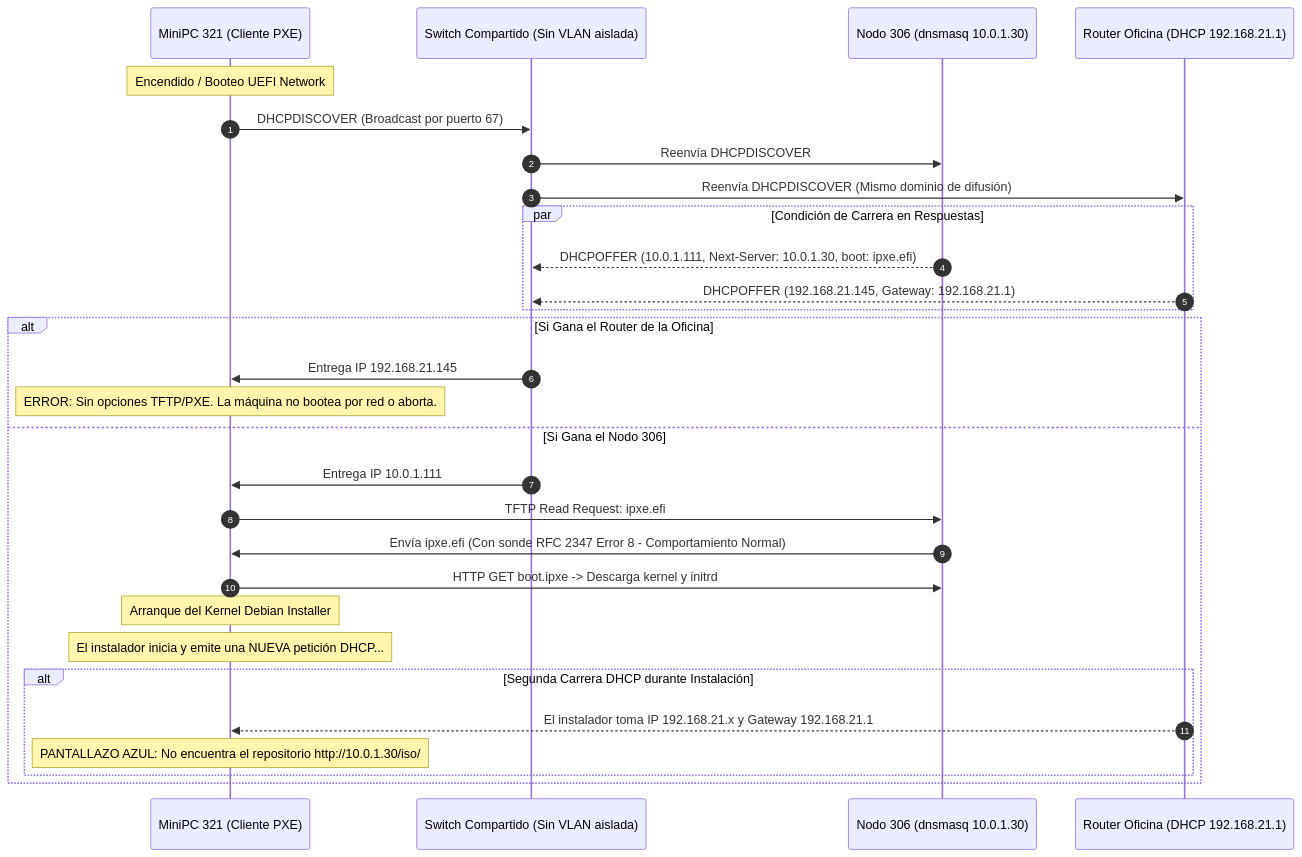
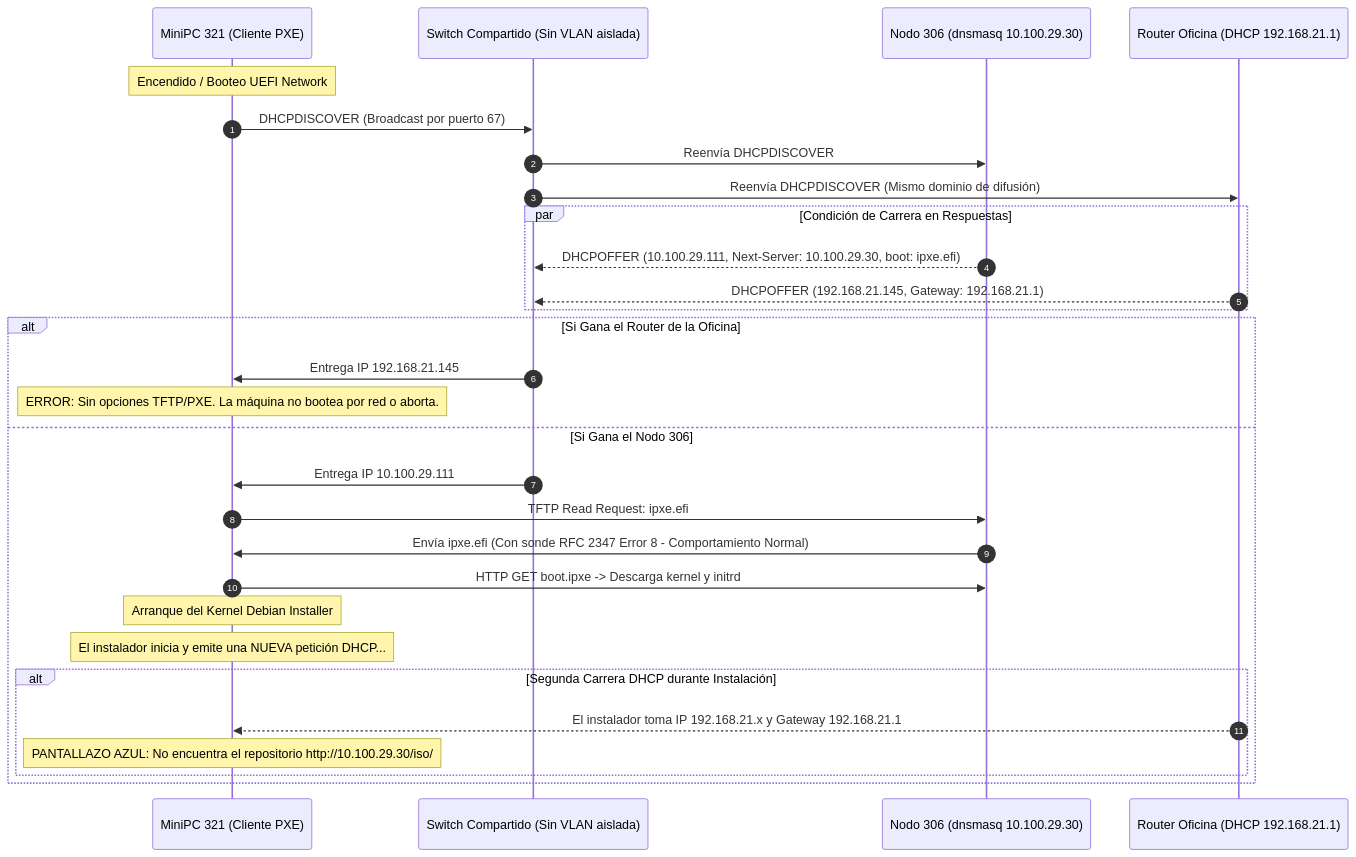
One commit to RodriTrooCo9/servidores-cluster changed the second of 4 diagrams in redes.md. Above: the diagram before and after it, drawn with Mermaid. The commit also changed other lines of this file and 17 other files, not shown here.

````diff
--- a/redes.md
+++ b/redes.md
@@ -81,34 +81,34 @@
 ```mermaid
 sequenceDiagram
     autonumber
     participant N321 as MiniPC 321 (Cliente PXE)
     participant SW as Switch Compartido (Sin VLAN aislada)
-    participant N306 as Nodo 306 (dnsmasq 10.0.1.30)
+    participant N306 as Nodo 306 (dnsmasq 10.100.29.30)
     participant OFI as Router Oficina (DHCP 192.168.21.1)
 
     Note over N321: Encendido / Booteo UEFI Network
     N321->>SW: DHCPDISCOVER (Broadcast por puerto 67)
     SW->>N306: Reenvía DHCPDISCOVER
     SW->>OFI: Reenvía DHCPDISCOVER (Mismo dominio de difusión)
 
     par Condición de Carrera en Respuestas
-        N306-->>SW: DHCPOFFER (10.0.1.111, Next-Server: 10.0.1.30, boot: ipxe.efi)
+        N306-->>SW: DHCPOFFER (10.100.29.111, Next-Server: 10.100.29.30, boot: ipxe.efi)
         OFI-->>SW: DHCPOFFER (192.168.21.145, Gateway: 192.168.21.1)
     end
 
     alt Si Gana el Router de la Oficina
         SW->>N321: Entrega IP 192.168.21.145
         Note over N321: ERROR: Sin opciones TFTP/PXE. La máquina no bootea por red o aborta.
     else Si Gana el Nodo 306
-        SW->>N321: Entrega IP 10.0.1.111
+        SW->>N321: Entrega IP 10.100.29.111
         N321->>N306: TFTP Read Request: ipxe.efi
         N306->>N321: Envía ipxe.efi (Con sonde RFC 2347 Error 8 - Comportamiento Normal)
         N321->>N306: HTTP GET boot.ipxe -> Descarga kernel y initrd
         Note over N321: Arranque del Kernel Debian Installer
         Note over N321: El instalador inicia y emite una NUEVA petición DHCP...
         alt Segunda Carrera DHCP durante Instalación
             OFI-->>N321: El instalador toma IP 192.168.21.x y Gateway 192.168.21.1
-            Note over N321: PANTALLAZO AZUL: No encuentra el repositorio http://10.0.1.30/iso/
+            Note over N321: PANTALLAZO AZUL: No encuentra el repositorio http://10.100.29.30/iso/
         end
     end
 ```
````
